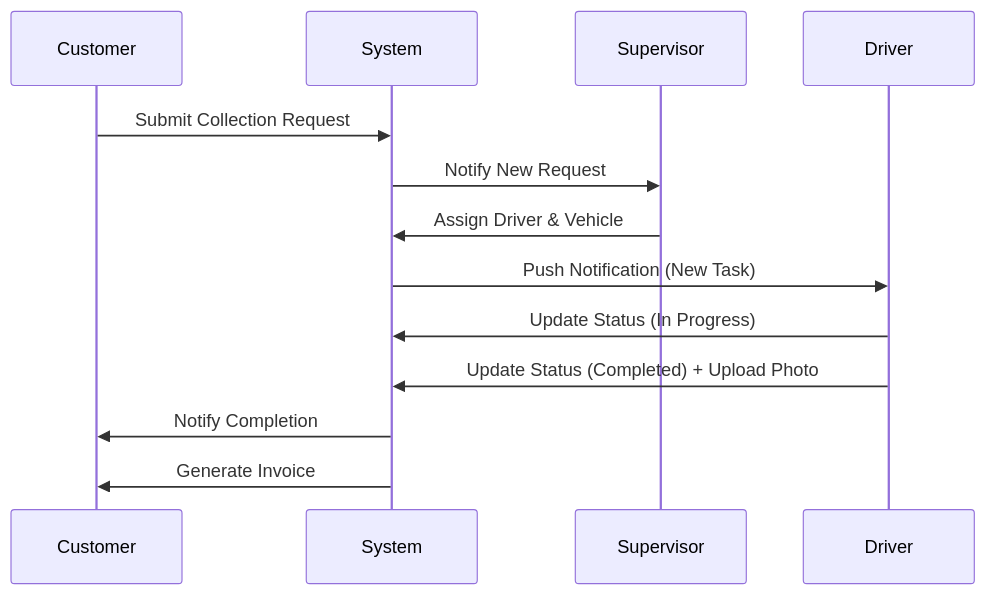
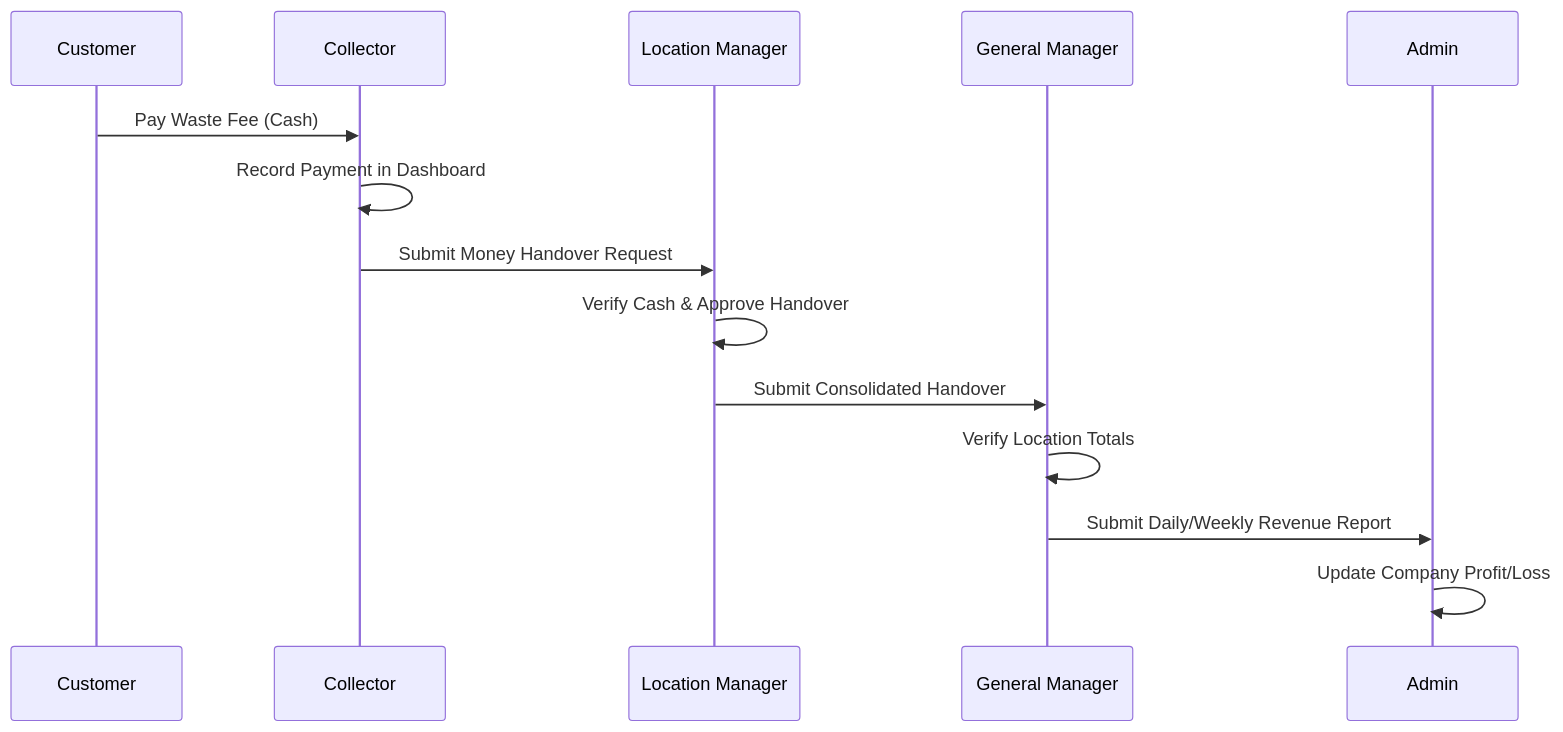
One commit to 0788231715/Agruni changed the fourth of 5 diagrams in DESIGN.md. Above: the diagram before and after it, drawn with Mermaid. The commit also changed other lines of this file and 66 other files, not shown here.

````diff
--- a/DESIGN.md
+++ b/DESIGN.md
@@ -125,16 +81,17 @@
 ```mermaid
 sequenceDiagram
     participant C as Customer
-    participant S as System
-    participant SV as Supervisor
-    participant D as Driver
+    participant CO as Collector
+    participant LM as Location Manager
+    participant GM as General Manager
+    participant AD as Admin
 
-    C->>S: Submit Collection Request
-    S->>SV: Notify New Request
-    SV->>S: Assign Driver & Vehicle
-    S->>D: Push Notification (New Task)
-    D->>S: Update Status (In Progress)
-    D->>S: Update Status (Completed) + Upload Photo
-    S->>C: Notify Completion
-    S->>C: Generate Invoice
+    C->>CO: Pay Waste Fee (Cash)
+    CO->>CO: Record Payment in Dashboard
+    CO->>LM: Submit Money Handover Request
+    LM->>LM: Verify Cash & Approve Handover
+    LM->>GM: Submit Consolidated Handover
+    GM->>GM: Verify Location Totals
+    GM->>AD: Submit Daily/Weekly Revenue Report
+    AD->>AD: Update Company Profit/Loss
 ```
````
